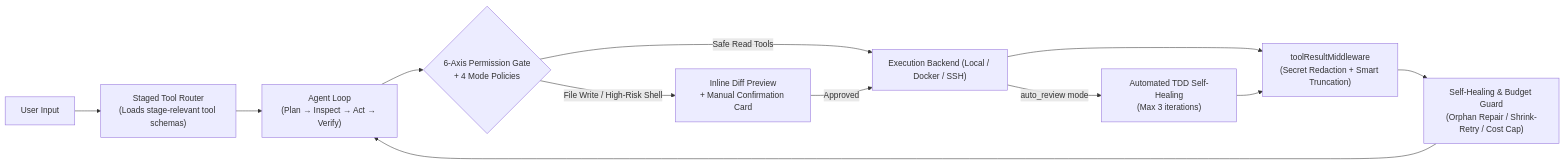
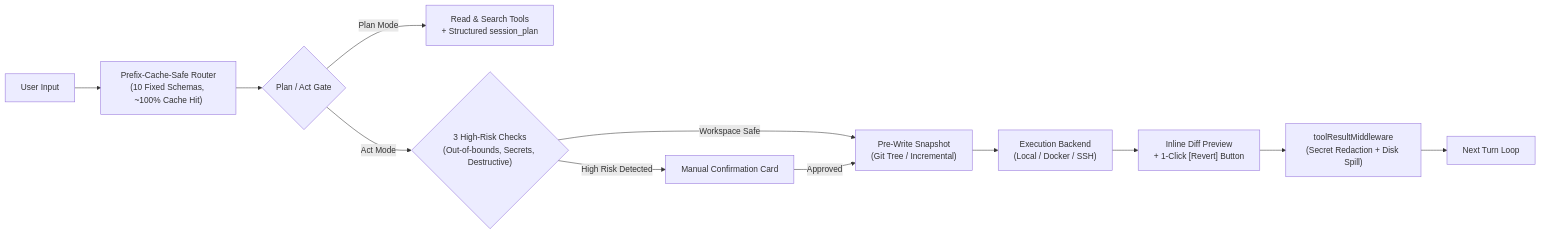
One commit to TQSY114514/Aether changed the diagram in README.md. Above: the diagram before and after it, drawn with Mermaid. The commit also changed other lines of this file and 3 other files, not shown here.

Commit message:
docs: update branding, tagline, prefix-cache-safe routing and plan/act docs across all languages

````diff
--- a/README.md
+++ b/README.md
@@ -175,14 +181,14 @@
 ```mermaid
 flowchart LR
-  Input["User Input"] --> Router["Staged Tool Router<br/>(Loads stage-relevant tool schemas)"]
-  Router --> Loop["Agent Loop<br/>(Plan → Inspect → Act → Verify)"]
-  Loop --> Gate{"6-Axis Permission Gate<br/>+ 4 Mode Policies"}
-  Gate -- "Safe Read Tools" --> Backend["Execution Backend (Local / Docker / SSH)"]
-  Gate -- "File Write / High-Risk Shell" --> Review["Inline Diff Preview<br/>+ Manual Confirmation Card"]
-  Review -- "Approved" --> Backend
-  Backend --> Sanitize["toolResultMiddleware<br/>(Secret Redaction + Smart Truncation)"]
-  Backend -- "auto_review mode" --> TDD["Automated TDD Self-Healing<br/>(Max 3 iterations)"]
-  TDD --> Sanitize
-  Sanitize --> Recovery["Self-Healing & Budget Guard<br/>(Orphan Repair / Shrink-Retry / Cost Cap)"]
-  Recovery --> Loop
+  Input["User Input"] --> Router["Prefix-Cache-Safe Router<br/>(10 Fixed Schemas, ~100% Cache Hit)"]
+  Router --> ModeCheck{"Plan / Act Gate"}
+  ModeCheck -- "Plan Mode" --> ReadOnly["Read & Search Tools<br/>+ Structured session_plan"]
+  ModeCheck -- "Act Mode" --> RiskCheck{"3 High-Risk Checks<br/>(Out-of-bounds, Secrets, Destructive)"}
+  RiskCheck -- "High Risk Detected" --> Confirm["Manual Confirmation Card"]
+  RiskCheck -- "Workspace Safe" --> Snap["Pre-Write Snapshot<br/>(Git Tree / Incremental)"]
+  Confirm -- "Approved" --> Snap
+  Snap --> Exec["Execution Backend<br/>(Local / Docker / SSH)"]
+  Exec --> InlineDiff["Inline Diff Preview<br/>+ 1-Click [Revert] Button"]
+  InlineDiff --> Sanitize["toolResultMiddleware<br/>(Secret Redaction + Disk Spill)"]
+  Sanitize --> Loop["Next Turn Loop"]
 ```
````
